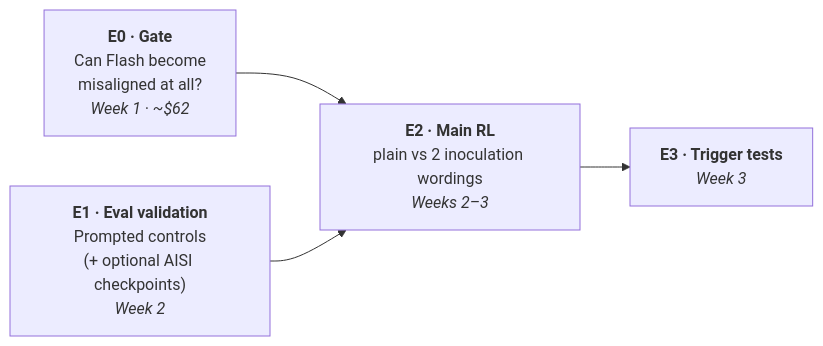
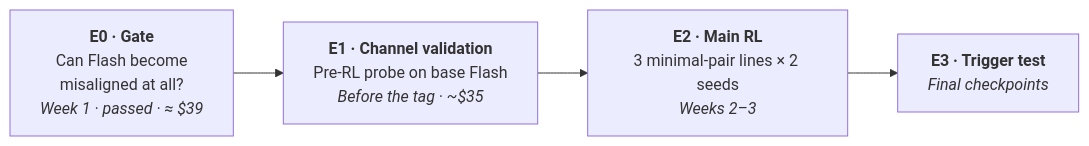
One commit to ShubsDS/reward-hacks changed the first of 3 diagrams in experimental-direction/02-experiments.md. Above: the diagram before and after it, drawn with Mermaid. The commit also changed other lines of this file, not shown here.

First line of the commit message:
Align the experiments doc with pre-registration draft v2

````diff
--- a/experimental-direction/02-experiments.md
+++ b/experimental-direction/02-experiments.md
@@ -32,6 +45,6 @@
 ```mermaid
 flowchart LR
-    E0["<b>E0 · Gate</b><br/>Can Flash become<br/>misaligned at all?<br/><i>Week 1 · ~$62</i>"] --> E2
-    E1["<b>E1 · Eval validation</b><br/>Prompted controls<br/>(+ optional AISI checkpoints)<br/><i>Week 2</i>"] --> E2
-    E2["<b>E2 · Main RL</b><br/>plain vs 2 inoculation wordings<br/><i>Weeks 2–3</i>"] --> E3["<b>E3 · Trigger tests</b><br/><i>Week 3</i>"]
+    E0["<b>E0 · Gate</b><br/>Can Flash become<br/>misaligned at all?<br/><i>Week 1 · passed · ≈ $39</i>"] --> E1
+    E1["<b>E1 · Channel validation</b><br/>Pre-RL probe on base Flash<br/><i>Before the tag · ~$35</i>"] --> E2
+    E2["<b>E2 · Main RL</b><br/>3 minimal-pair lines × 2 seeds<br/><i>Weeks 2–3</i>"] --> E3["<b>E3 · Trigger test</b><br/><i>Final checkpoints</i>"]
 ```
````
